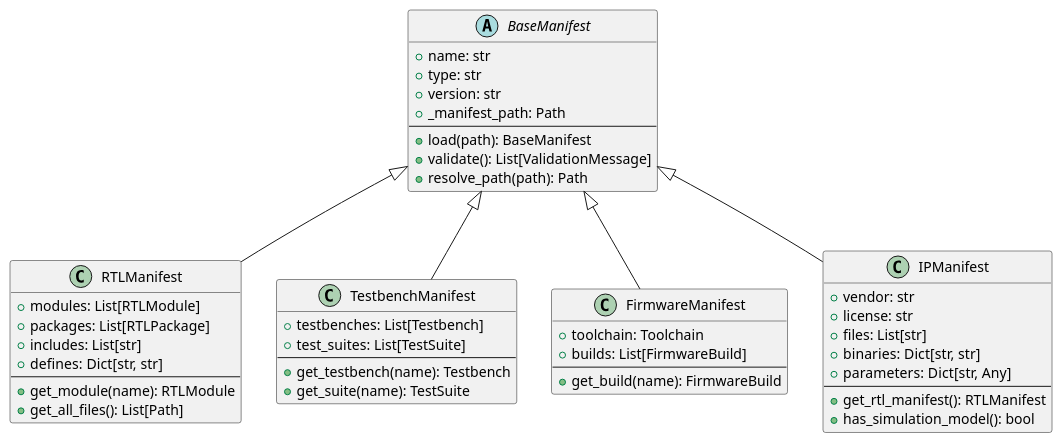
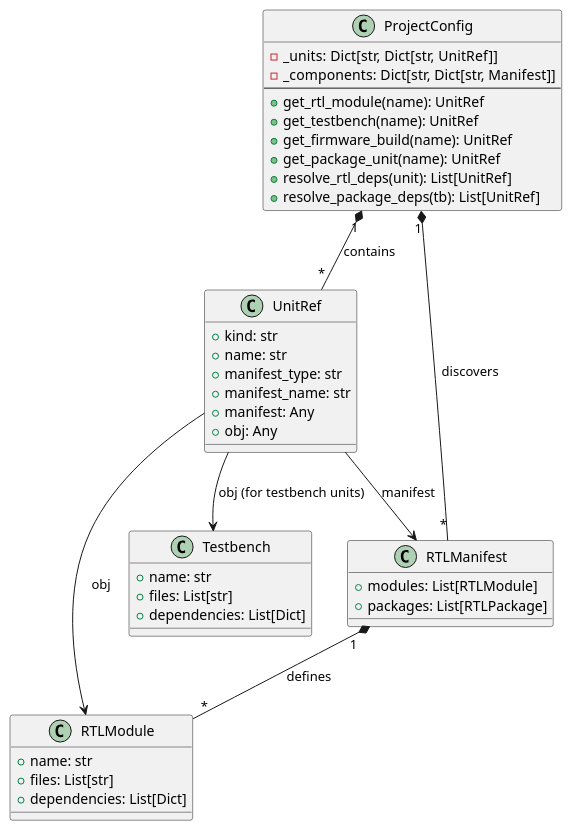
Before and after one commit to RWU-SOC/aly-tool: the fifth of 13 diagrams in docs/source/architecture.rst, drawn with PlantUML. The commit also changed other lines of this file and 4 other files, not shown here.

First line of the commit message:
Revise docs for new unit registry and dependency model

```diff
--- a/docs/source/architecture.rst
+++ b/docs/source/architecture.rst
@@ -246,60 +248,53 @@
 .. uml::
    :align: center
-   :caption: Manifest Class Relationships
+   :caption: Unit Reference Architecture
 
    @startuml
    skinparam backgroundColor transparent
    skinparam defaultFontName sans-serif
 
-   abstract class BaseManifest {
+   class ProjectConfig {
+      -_units: Dict[str, Dict[str, UnitRef]]
+      -_components: Dict[str, Dict[str, Manifest]]
+      --
+      +get_rtl_module(name): UnitRef
+      +get_testbench(name): UnitRef
+      +get_firmware_build(name): UnitRef
+      +get_package_unit(name): UnitRef
+      +resolve_rtl_deps(unit): List[UnitRef]
+      +resolve_package_deps(tb): List[UnitRef]
+   }
+
+   class UnitRef {
+      +kind: str
       +name: str
-      +type: str
-      +version: str
-      +_manifest_path: Path
-      --
-      +load(path): BaseManifest
-      +validate(): List[ValidationMessage]
-      +resolve_path(path): Path
+      +manifest_type: str
+      +manifest_name: str
+      +manifest: Any
+      +obj: Any
    }
 
    class RTLManifest {
       +modules: List[RTLModule]
       +packages: List[RTLPackage]
-      +includes: List[str]
-      +defines: Dict[str, str]
-      --
-      +get_module(name): RTLModule
-      +get_all_files(): List[Path]
    }
 
-   class TestbenchManifest {
-      +testbenches: List[Testbench]
-      +test_suites: List[TestSuite]
-      --
-      +get_testbench(name): Testbench
-      +get_suite(name): TestSuite
+   class RTLModule {
+      +name: str
+      +files: List[str]
+      +dependencies: List[Dict]
    }
 
-   class FirmwareManifest {
-      +toolchain: Toolchain
-      +builds: List[FirmwareBuild]
-      --
-      +get_build(name): FirmwareBuild
+   class Testbench {
+      +name: str
+      +files: List[str]
+      +dependencies: List[Dict]
    }
 
-   class IPManifest {
-      +vendor: str
-      +license: str
-      +files: List[str]
-      +binaries: Dict[str, str]
-      +parameters: Dict[str, Any]
-      --
-      +get_rtl_manifest(): RTLManifest
-      +has_simulation_model(): bool
-   }
-
-   BaseManifest <|-- RTLManifest
-   BaseManifest <|-- TestbenchManifest
-   BaseManifest <|-- FirmwareManifest
-   BaseManifest <|-- IPManifest
+   ProjectConfig "1" *-- "*" UnitRef : contains
+   ProjectConfig "1" *-- "*" RTLManifest : discovers
+   RTLManifest "1" *-- "*" RTLModule : defines
+   UnitRef --> RTLModule : obj
+   UnitRef --> RTLManifest : manifest
+   UnitRef --> Testbench : obj (for testbench units)
    @enduml
```
